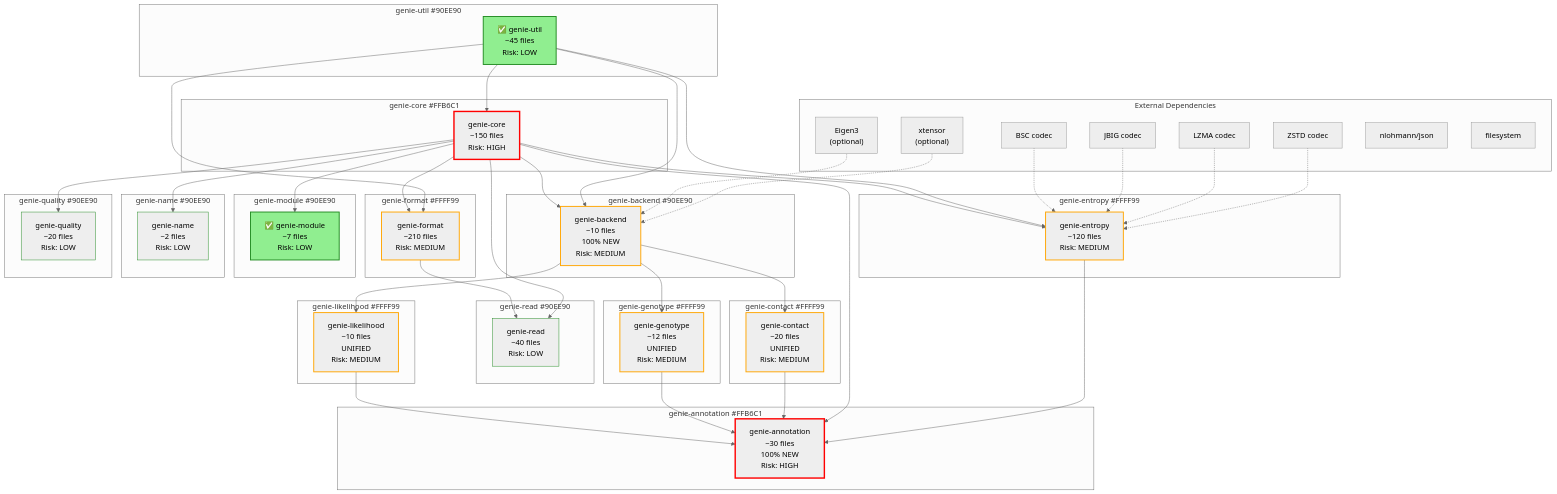
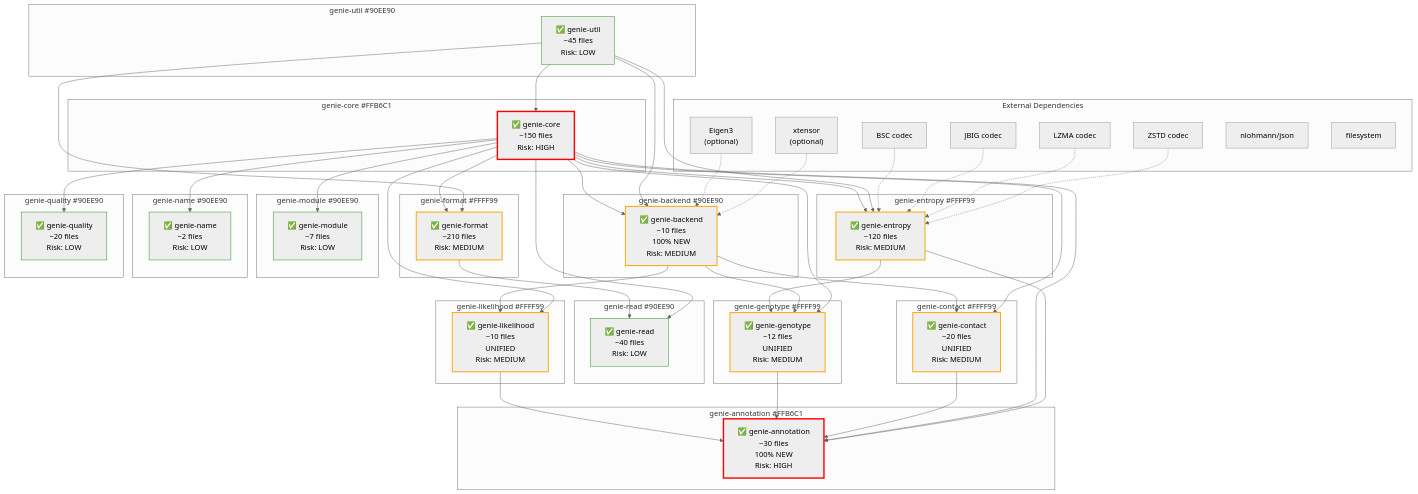
The second of 3 diagrams in docs/tasks/active/2026-04-27-merge-develop-part6-to-develop.md (MueFab/genie), drawn with Mermaid (neutral theme) before and after one commit. The commit also changed other lines of this file and 88 other files, not shown here.

````diff
--- a/docs/tasks/active/2026-04-27-merge-develop-part6-to-develop.md
+++ b/docs/tasks/active/2026-04-27-merge-develop-part6-to-develop.md
@@ -148,19 +207,19 @@
     end
 
     subgraph "genie-backend" #90EE90
-        BACKEND["genie-backend<br/>~10 files<br/>100% NEW<br/>Risk: MEDIUM"]
+        BACKEND["✅ genie-backend<br/>~10 files<br/>100% NEW<br/>Risk: MEDIUM"]
     end
 
     subgraph "genie-core" #FFB6C1
-        CORE["genie-core<br/>~150 files<br/>Risk: HIGH"]
+        CORE["✅ genie-core<br/>~150 files<br/>Risk: HIGH"]
     end
 
     subgraph "genie-entropy" #FFFF99
-        ENTROPY["genie-entropy<br/>~120 files<br/>Risk: MEDIUM"]
+        ENTROPY["✅ genie-entropy<br/>~120 files<br/>Risk: MEDIUM"]
     end
 
     subgraph "genie-format" #FFFF99
-        FORMAT["genie-format<br/>~210 files<br/>Risk: MEDIUM"]
+        FORMAT["✅ genie-format<br/>~210 files<br/>Risk: MEDIUM"]
     end
 
     subgraph "genie-module" #90EE90
@@ -168,31 +227,31 @@
     end
 
     subgraph "genie-name" #90EE90
-        NAME["genie-name<br/>~2 files<br/>Risk: LOW"]
+        NAME["✅ genie-name<br/>~2 files<br/>Risk: LOW"]
     end
 
     subgraph "genie-quality" #90EE90
-        QUAL["genie-quality<br/>~20 files<br/>Risk: LOW"]
+        QUAL["✅ genie-quality<br/>~20 files<br/>Risk: LOW"]
     end
 
     subgraph "genie-read" #90EE90
-        READ["genie-read<br/>~40 files<br/>Risk: LOW"]
+        READ["✅ genie-read<br/>~40 files<br/>Risk: LOW"]
     end
 
     subgraph "genie-contact" #FFFF99
-        CONTACT["genie-contact<br/>~20 files<br/>UNIFIED<br/>Risk: MEDIUM"]
+        CONTACT["✅ genie-contact<br/>~20 files<br/>UNIFIED<br/>Risk: MEDIUM"]
     end
 
     subgraph "genie-genotype" #FFFF99
-        GENO["genie-genotype<br/>~12 files<br/>UNIFIED<br/>Risk: MEDIUM"]
+        GENO["✅ genie-genotype<br/>~12 files<br/>UNIFIED<br/>Risk: MEDIUM"]
     end
 
     subgraph "genie-likelihood" #FFFF99
-        LIKE["genie-likelihood<br/>~10 files<br/>UNIFIED<br/>Risk: MEDIUM"]
+        LIKE["✅ genie-likelihood<br/>~10 files<br/>UNIFIED<br/>Risk: MEDIUM"]
     end
 
     subgraph "genie-annotation" #FFB6C1
-        ANNOT["genie-annotation<br/>~30 files<br/>100% NEW<br/>Risk: HIGH"]
+        ANNOT["✅ genie-annotation<br/>~30 files<br/>100% NEW<br/>Risk: HIGH"]
     end
 
     %% External dependencies
@@ -217,6 +276,9 @@
     CORE --> NAME
     CORE --> QUAL
     CORE --> READ
+    CORE --> CONTACT
+    CORE --> GENO
+    CORE --> LIKE
 
     %% Backend dependencies
     BACKEND --> CONTACT
@@ -227,6 +289,7 @@
     FORMAT --> READ
 
     %% High-level modules
+    ENTROPY --> GENO
     ENTROPY --> ANNOT
     CORE --> ANNOT
     CONTACT --> ANNOT
@@ -239,9 +302,7 @@
     classDef LOW risk fill:#90EE90,stroke:#228B22,stroke-width:1px
     classDef DONE stroke:#228B22,stroke-width:2px,fill:#90EE90
 
-    class UTIL DONE
-    class MOD DONE
+    class UTIL,MOD,NAME,QUAL,READ LOW
     class BACKEND,ENTROPY,FORMAT,CONTACT,GENO,LIKE MEDIUM
     class CORE,ANNOT HIGH
-    class NAME,QUAL,READ LOW
 ```
````
